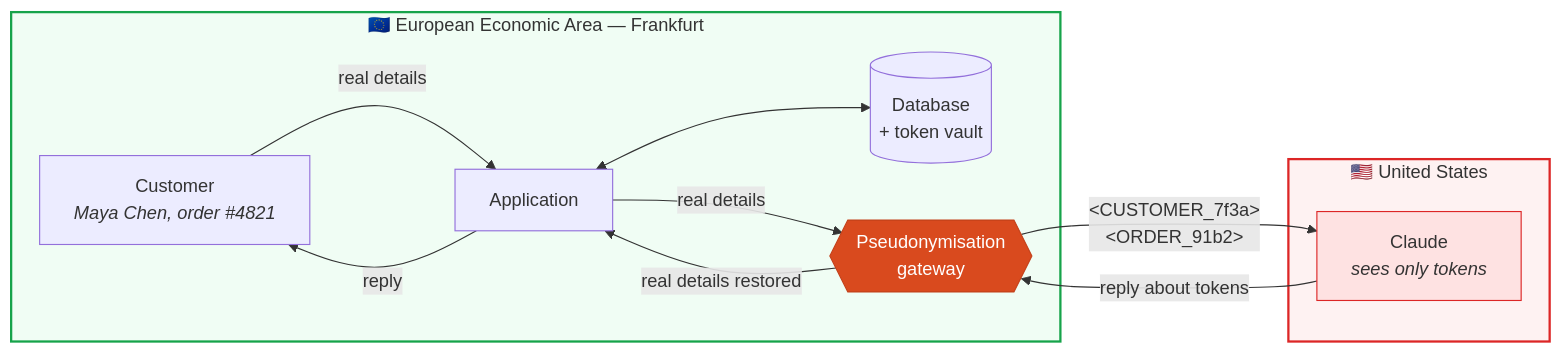
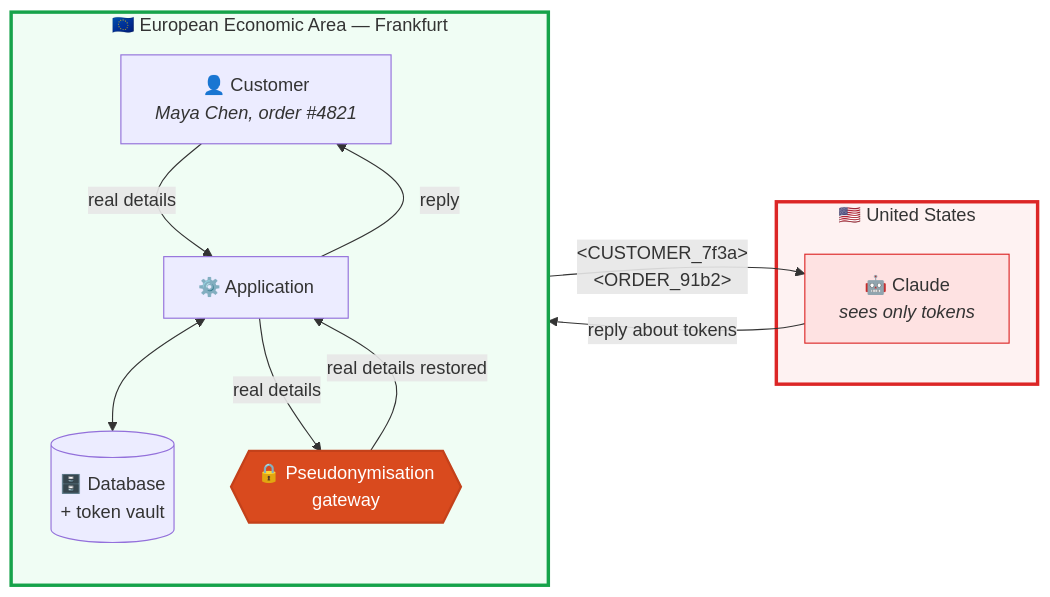
One commit to ejazfahil/Universal_Sales_Agent_Multi_Tenant changed the second of 14 diagrams in README.md. Above: the diagram before and after it, drawn with Mermaid. The commit also changed other lines of this file, not shown here.

````diff
--- a/README.md
+++ b/README.md
@@ -65,25 +108,26 @@
 ```mermaid
 flowchart LR
     subgraph EEA["🇪🇺 European Economic Area — Frankfurt"]
-        C["Customer<br/><i>Maya Chen, order #4821</i>"]
-        APP["Application"]
-        DB[("Database<br/>+ token vault")]
-        GW{{"Pseudonymisation<br/>gateway"}}
+        direction TB
+        C["👤 Customer<br/><i>Maya Chen, order #4821</i>"]
+        APP["⚙️ Application"]
+        DB[("🗄️ Database<br/>+ token vault")]
+        GW{{"🔒 Pseudonymisation<br/>gateway"}}
     end
     subgraph US["🇺🇸 United States"]
-        LLM["Claude<br/><i>sees only tokens</i>"]
+        LLM["🤖 Claude<br/><i>sees only tokens</i>"]
     end
 
     C -->|"real details"| APP
     APP <--> DB
     APP -->|"real details"| GW
     GW -->|"&lt;CUSTOMER_7f3a&gt;<br/>&lt;ORDER_91b2&gt;"| LLM
     LLM -->|"reply about tokens"| GW
     GW -->|"real details restored"| APP
     APP -->|"reply"| C
 
-    style EEA fill:#F0FDF4,stroke:#16A34A,stroke-width:2px
-    style US fill:#FEF2F2,stroke:#DC2626,stroke-width:2px
-    style GW fill:#D94A1E,color:#fff,stroke:#C4411A
+    style EEA fill:#F0FDF4,stroke:#16A34A,stroke-width:3px
+    style US fill:#FEF2F2,stroke:#DC2626,stroke-width:3px
+    style GW fill:#D94A1E,color:#fff,stroke:#C4411A,stroke-width:2px
     style LLM fill:#FEE2E2,stroke:#DC2626
 ```
````
